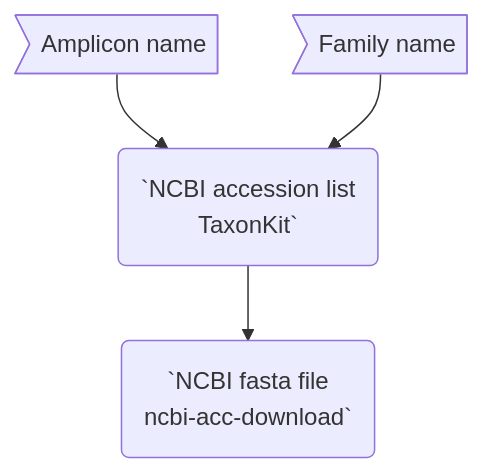
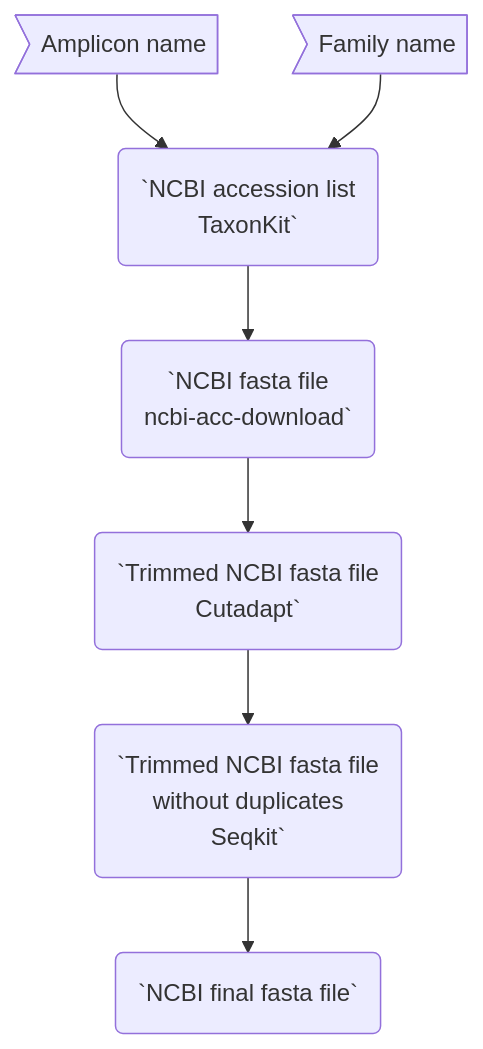
The diagram in README.md (Enorya/Phylo-tree_eDNA), drawn with Mermaid before and after one commit.

````diff
--- a/README.md
+++ b/README.md
@@ -24,13 +24,19 @@
 ```mermaid
 flowchart TB
 	amplicon>Amplicon name]
 	family>Family name]
 	step1(`NCBI accession list
 TaxonKit`)
 	step2(`NCBI fasta file
 ncbi-acc-download`)
+	step3(`Trimmed NCBI fasta file
+Cutadapt`)
+	step4(`Trimmed NCBI fasta file
+without duplicates
+Seqkit`)
+	step5(`NCBI final fasta file`)
 
-	amplicon --> step1 --> step2
+	amplicon --> step1 --> step2 --> step3 --> step4 --> step5
 	family --> step1
 
 ```
````
